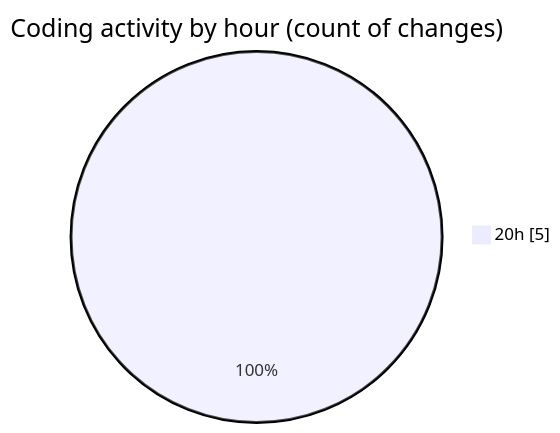
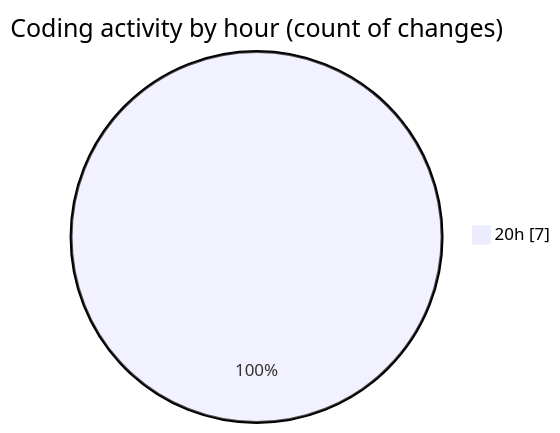
Before and after one commit to julien-gomy/code-tracking: the second of 2 diagrams in 2025-10-29/cdp_aleoudev_fr__workspace_/README.md, drawn with Mermaid. The commit also changed other lines of this file and 1 other file, not shown here.

````diff
--- a/2025-10-29/cdp_aleoudev_fr__workspace_/README.md
+++ b/2025-10-29/cdp_aleoudev_fr__workspace_/README.md
@@ -29,5 +31,5 @@
 ```mermaid
 pie showData
 title Coding activity by hour (count of changes)
-"20h" : 5
+"20h" : 7
 ```
````
